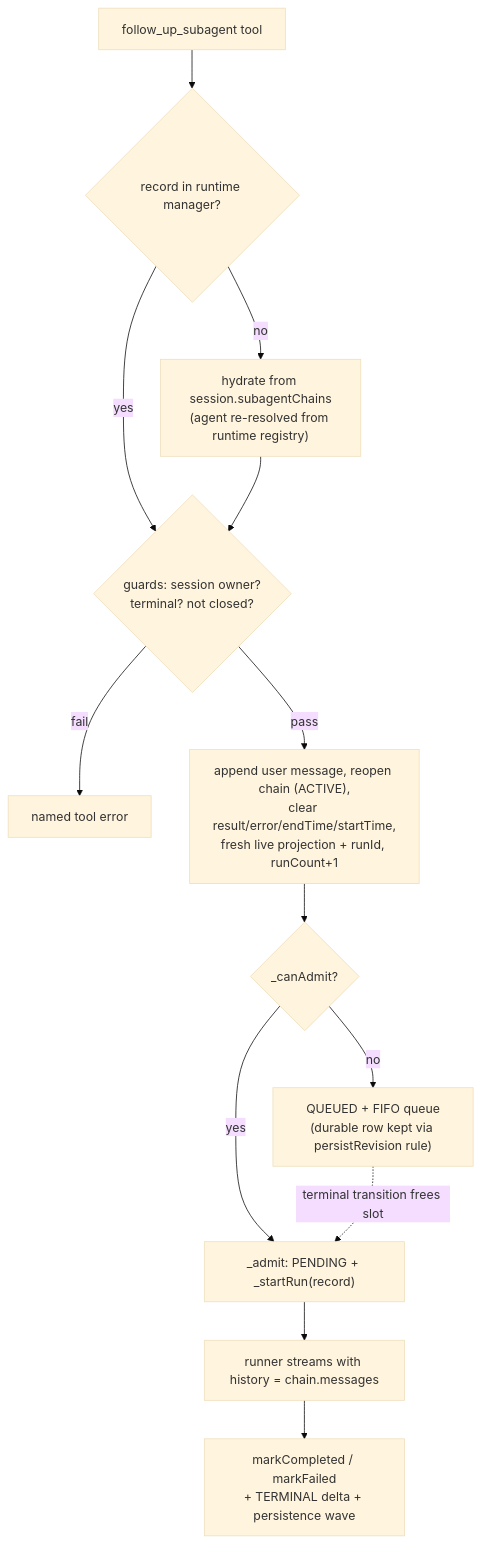
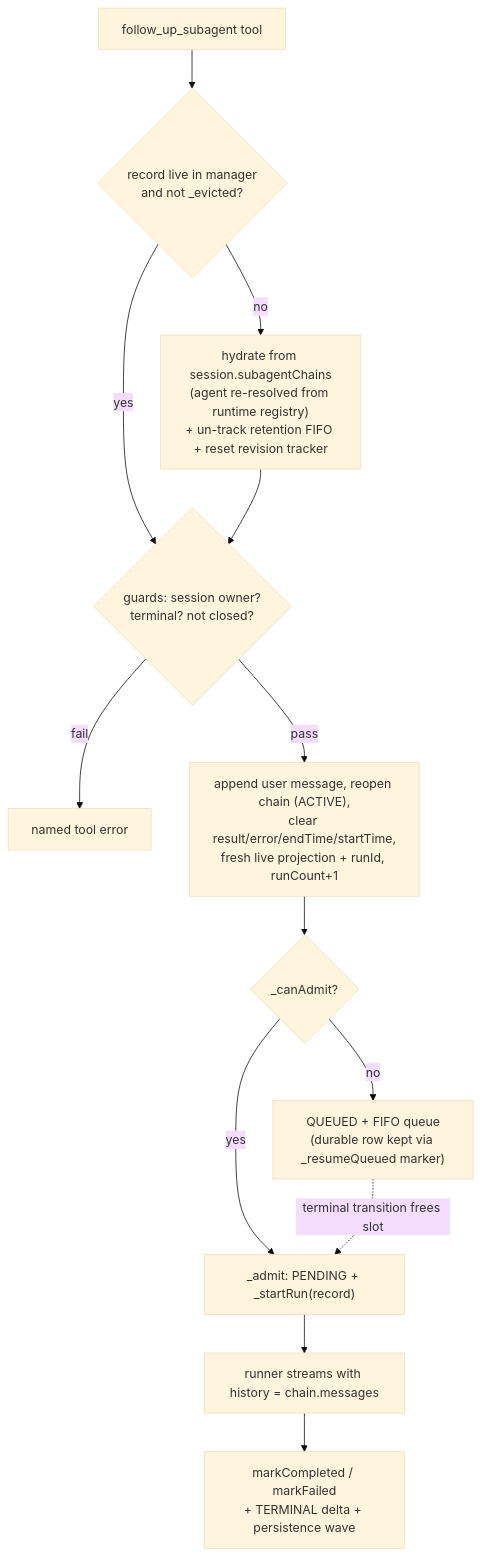
Before and after one commit to Zeptiny/orchid: the diagram in docs/plans/2026-07-28-001-feat-subagent-close-and-follow-up-plan.md, drawn with Mermaid (base theme). The commit also changed other lines of this file, not shown here.

First line of the commit message:
docs(plans): align close/follow-up plan with retention eviction

````diff
--- a/docs/plans/2026-07-28-001-feat-subagent-close-and-follow-up-plan.md
+++ b/docs/plans/2026-07-28-001-feat-subagent-close-and-follow-up-plan.md
@@ -65,15 +69,15 @@
 ```mermaid
 flowchart TB
-  T["follow_up_subagent tool"] --> H{"record in runtime manager?"}
-  H -- no --> HY["hydrate from session.subagentChains<br/>(agent re-resolved from runtime registry)"]
+  T["follow_up_subagent tool"] --> H{"record live in manager<br/>and not _evicted?"}
+  H -- no --> HY["hydrate from session.subagentChains<br/>(agent re-resolved from runtime registry)<br/>+ un-track retention FIFO + reset revision tracker"]
   H -- yes --> G
   HY --> G{"guards: session owner?<br/>terminal? not closed?"}
   G -- fail --> E["named tool error"]
   G -- pass --> R["append user message, reopen chain (ACTIVE),<br/>clear result/error/endTime/startTime,<br/>fresh live projection + runId, runCount+1"]
   R --> A{"_canAdmit?"}
   A -- yes --> AD["_admit: PENDING + _startRun(record)"]
-  A -- no --> Q["QUEUED + FIFO queue<br/>(durable row kept via persistRevision rule)"]
+  A -- no --> Q["QUEUED + FIFO queue<br/>(durable row kept via _resumeQueued marker)"]
   Q -.->|"terminal transition frees slot"| AD
   AD --> RUN["runner streams with history = chain.messages"]
   RUN --> TERM["markCompleted / markFailed<br/>+ TERMINAL delta + persistence wave"]
 ```
````
